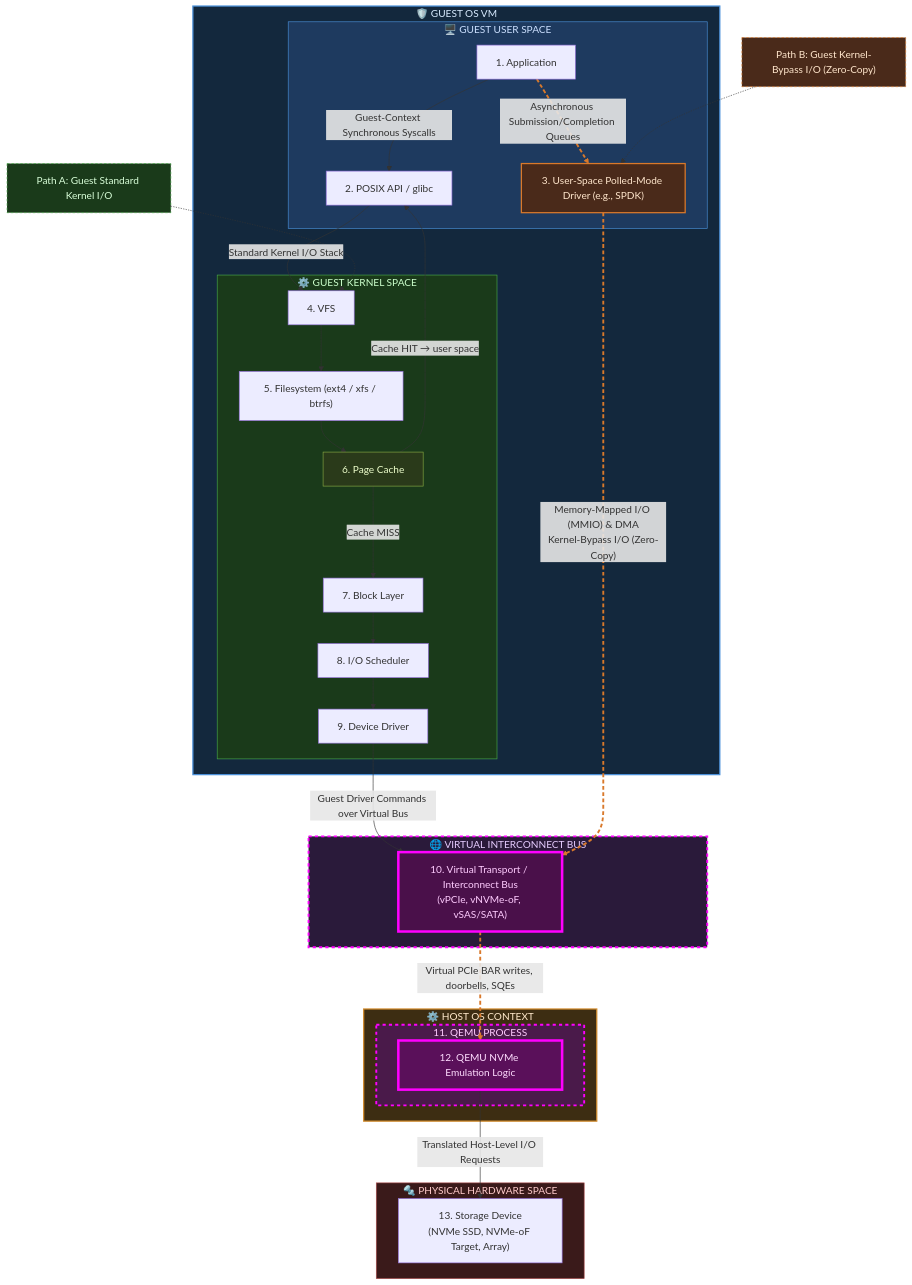
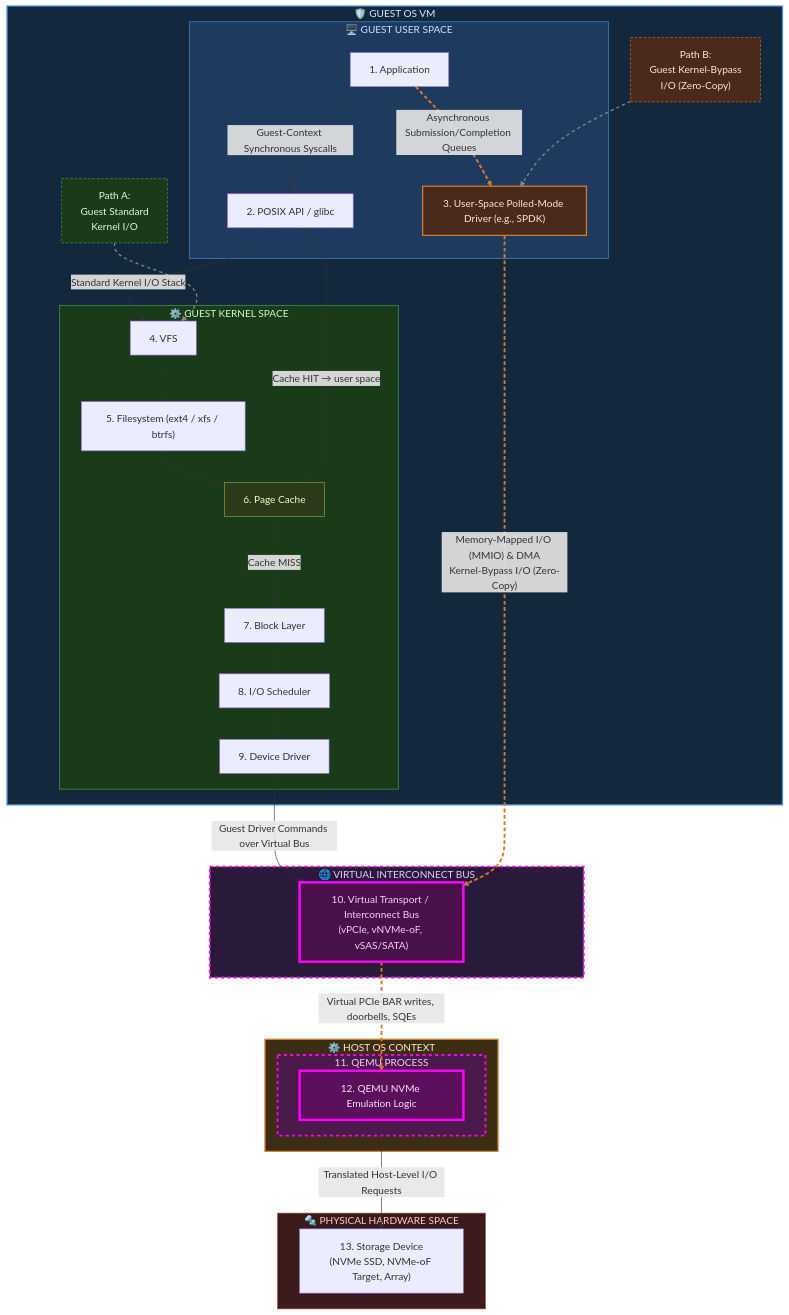
One commit to SiliconLanguage/dataplane-emu changed the diagram in docs/arch/qemu-nvme-storage-stack.md. Above: the diagram before and after it, drawn with Mermaid. The commit also changed other lines of this file, not shown here.

Commit message:
docs(arch): refine QEMU NVMe storage diagram callout boxes and links

````diff
--- a/docs/arch/qemu-nvme-storage-stack.md
+++ b/docs/arch/qemu-nvme-storage-stack.md
@@ -5,70 +5,73 @@
 ```mermaid
 flowchart TD
     subgraph GUEST["🛡️ GUEST OS VM"]
         subgraph USER["🖥️ GUEST USER SPACE"]
             A["1. Application"]
             B["2. POSIX API / glibc"]
             J["3. User-Space Polled-Mode Driver (e.g., SPDK)"]
         end
 
         subgraph KERNEL["⚙️ GUEST KERNEL SPACE"]
             C["4. VFS"]
             D["5. Filesystem (ext4 / xfs / btrfs)"]
             E["6. Page Cache"]
             F["7. Block Layer"]
             G["8. I/O Scheduler"]
             H["9. Device Driver"]
         end
+
+        P1["Path A:<br/>Guest Standard<br/>Kernel I/O"]
+        P2["Path B:<br/>Guest Kernel-Bypass<br/>I/O (Zero-Copy)"]
     end
 
     subgraph VIRTUAL_HW["🌐 VIRTUAL INTERCONNECT BUS"]
         T["10. Virtual Transport / Interconnect Bus\n(vPCIe, vNVMe-oF, vSAS/SATA)"]
     end
 
     subgraph HOST["⚙️ HOST OS CONTEXT"]
         subgraph QEMU["11. QEMU PROCESS"]
             QN["12. QEMU NVMe Emulation Logic"]
         end
     end
 
     subgraph PHYSICAL_HW["🔩 PHYSICAL HARDWARE SPACE"]
         I["13. Storage Device\n(NVMe SSD, NVMe-oF Target, Array)"]
     end
 
     A -->|"Guest-Context Synchronous Syscalls"| B
     B -->|"Standard Kernel I/O Stack"| C
     C --> D
     D --> E
     E -->|"Cache HIT → user space"| B
     E -->|"Cache MISS"| F
     F --> G
     G --> H
     H -->|"Guest Driver Commands over Virtual Bus"| T
 
     A -->|"Asynchronous Submission/Completion Queues"| J
     J -->|"Memory-Mapped I/O (MMIO) & DMA\nKernel-Bypass I/O (Zero-Copy)"| T
     T -->|"Virtual PCIe BAR writes, doorbells, SQEs"| QN
     QN -->|"Translated Host-Level I/O Requests"| I
 
-    P1["Path A: Guest Standard Kernel I/O"]
-    P2["Path B: Guest Kernel-Bypass I/O (Zero-Copy)"]
     P1 -.-> C
     P2 -.-> J
 
     style GUEST fill:#13283d,color:#d8ebff,stroke:#4a90d9,stroke-width:2px
     style USER fill:#1e3a5f,color:#cce0ff,stroke:#4a90d9
     style KERNEL fill:#1a3a1a,color:#ccffcc,stroke:#4aaa4a
     style HOST fill:#3d2d12,color:#ffe9cc,stroke:#d08a2b,stroke-width:2px
     style QEMU fill:#4a1a4a,color:#ffccff,stroke:#ff00ff,stroke-width:3px,stroke-dasharray: 5 5
     style QN fill:#5a105a,color:#ffddff,stroke:#ff00ff,stroke-width:4px
     style VIRTUAL_HW fill:#2a1a3a,color:#e6ccff,stroke:#ff00ff,stroke-width:3px,stroke-dasharray: 5 5
     style PHYSICAL_HW fill:#3a1a1a,color:#ffcccc,stroke:#aa4a4a
     style E fill:#2a3a1a,color:#eeffcc,stroke:#88aa44
     style J fill:#4a2a1a,color:#ffe6cc,stroke:#d9792b,stroke-width:2px
     style T fill:#4a104a,color:#ffccff,stroke:#ff00ff,stroke-width:4px
     style P1 fill:#1a3a1a,color:#d9ffd9,stroke:#4aaa4a,stroke-dasharray: 4 3
     style P2 fill:#4a2a1a,color:#ffe6cc,stroke:#d9792b,stroke-dasharray: 4 3
     linkStyle 9 stroke:#d9792b,stroke-width:3px,stroke-dasharray: 6 4
     linkStyle 10 stroke:#d9792b,stroke-width:3px,stroke-dasharray: 6 4
     linkStyle 11 stroke:#d9792b,stroke-width:3px,stroke-dasharray: 6 4
+    linkStyle 13 stroke:#888,stroke-width:2px,stroke-dasharray: 5 5
+    linkStyle 14 stroke:#888,stroke-width:2px,stroke-dasharray: 5 5
 ```
````
